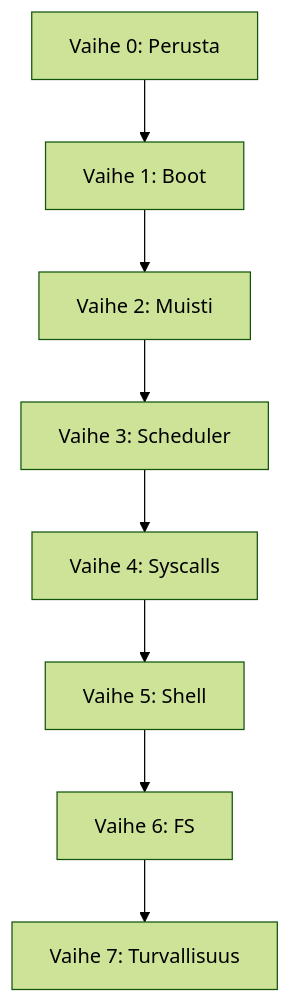
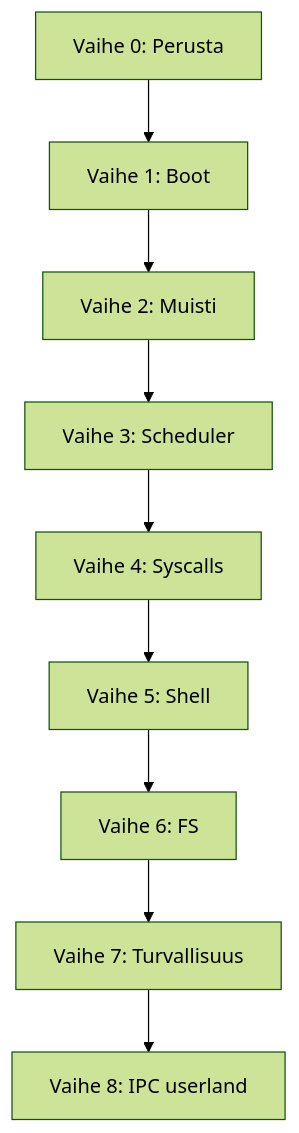
Before and after one commit to Mikko-Huuskonen-Pro/Zinux: the diagram in docs/ROADMAP.md, drawn with Mermaid (forest theme). The commit also changed other lines of this file and 11 other files, not shown here.

````diff
--- a/docs/ROADMAP.md
+++ b/docs/ROADMAP.md
@@ -146,10 +163,11 @@
 ```mermaid
 graph TD
     V0[Vaihe 0: Perusta] --> V1[Vaihe 1: Boot]
     V1 --> V2[Vaihe 2: Muisti]
     V2 --> V3[Vaihe 3: Scheduler]
     V3 --> V4[Vaihe 4: Syscalls]
     V4 --> V5[Vaihe 5: Shell]
     V5 --> V6[Vaihe 6: FS]
     V6 --> V7[Vaihe 7: Turvallisuus]
+    V7 --> V8[Vaihe 8: IPC userland]
 ```
````
